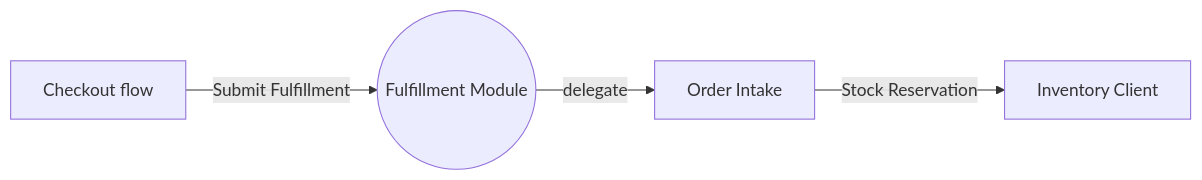
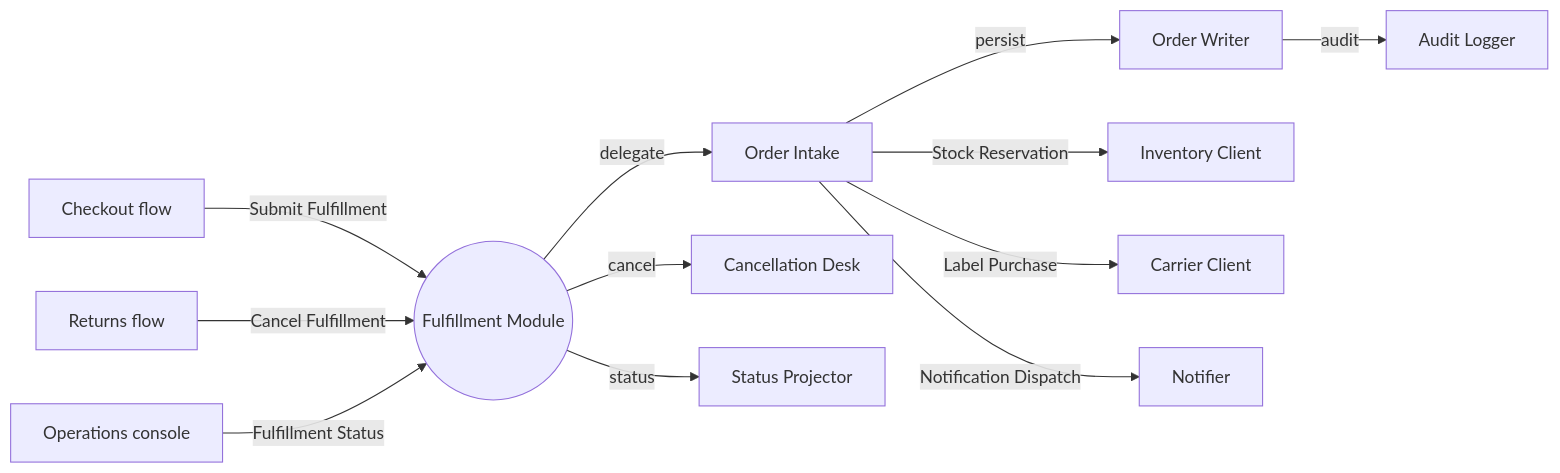
Before and after one commit to 554943871/repo-wiki: the diagram in tests/wiki-doctor/fixtures/old-module-map-safe-whitebox-refresh/input/wiki/04-modules/fulfillment.md, drawn with Mermaid. The commit also changed other lines of this file and 15 other files, not shown here.

````diff
--- a/tests/wiki-doctor/fixtures/old-module-map-safe-whitebox-refresh/input/wiki/04-modules/fulfillment.md
+++ b/tests/wiki-doctor/fixtures/old-module-map-safe-whitebox-refresh/input/wiki/04-modules/fulfillment.md
@@ -16,6 +24,14 @@
 ```mermaid
 flowchart LR
   CheckoutFlow[Checkout flow] -->|Submit Fulfillment| Fulfillment((Fulfillment Module))
+  ReturnsFlow[Returns flow] -->|Cancel Fulfillment| Fulfillment
+  OperationsConsole[Operations console] -->|Fulfillment Status| Fulfillment
   Fulfillment -->|delegate| OrderIntake[Order Intake]
+  Fulfillment -->|cancel| CancellationDesk[Cancellation Desk]
+  Fulfillment -->|status| StatusProjector[Status Projector]
+  OrderIntake -->|persist| OrderWriter[Order Writer]
+  OrderWriter -->|audit| AuditLogger[Audit Logger]
   OrderIntake -->|Stock Reservation| InventoryClient[Inventory Client]
+  OrderIntake -->|Label Purchase| CarrierClient[Carrier Client]
+  OrderIntake -->|Notification Dispatch| Notifier[Notifier]
 ```
````
